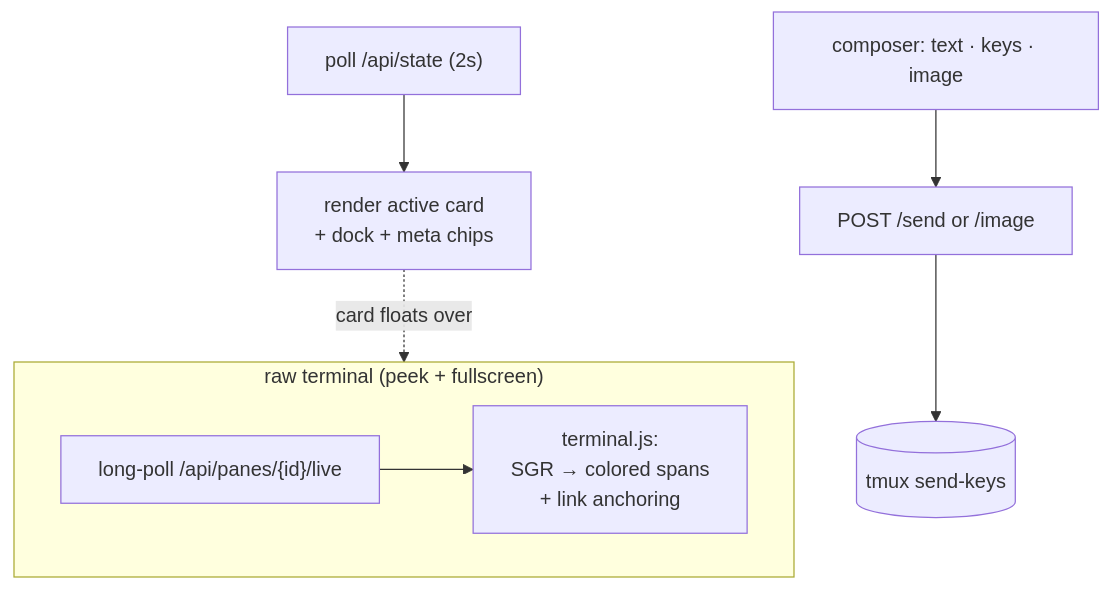
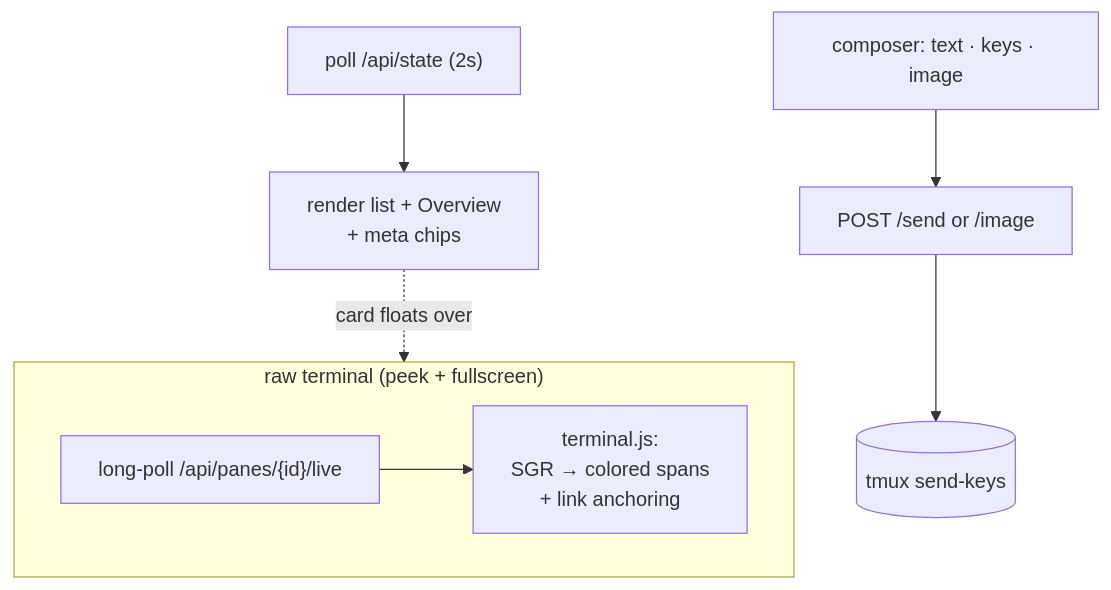
One commit to querystory/tmux-rc changed the fourth of 6 diagrams in docs/design/architecture.md. Above: the diagram before and after it, drawn with Mermaid. The commit also changed other lines of this file and 29 other files, not shown here.

````diff
--- a/docs/design/architecture.md
+++ b/docs/design/architecture.md
@@ -200,11 +188,11 @@
 ```mermaid
 flowchart TD
-  poll["poll /api/state (2s)"] --> cards["render active card<br/>+ dock + meta chips"]
+  poll["poll /api/state (2s)"] --> cards["render list + Overview<br/>+ meta chips"]
   subgraph peek["raw terminal (peek + fullscreen)"]
     live["long-poll /api/panes/{id}/live"]
     live --> render["terminal.js:<br/>SGR → colored spans<br/>+ link anchoring"]
   end
   cards -.->|"card floats over"| peek
   input["composer: text · keys · image"] --> send["POST /send or /image"]
   send --> tmux2[("tmux send-keys")]
 ```
````
